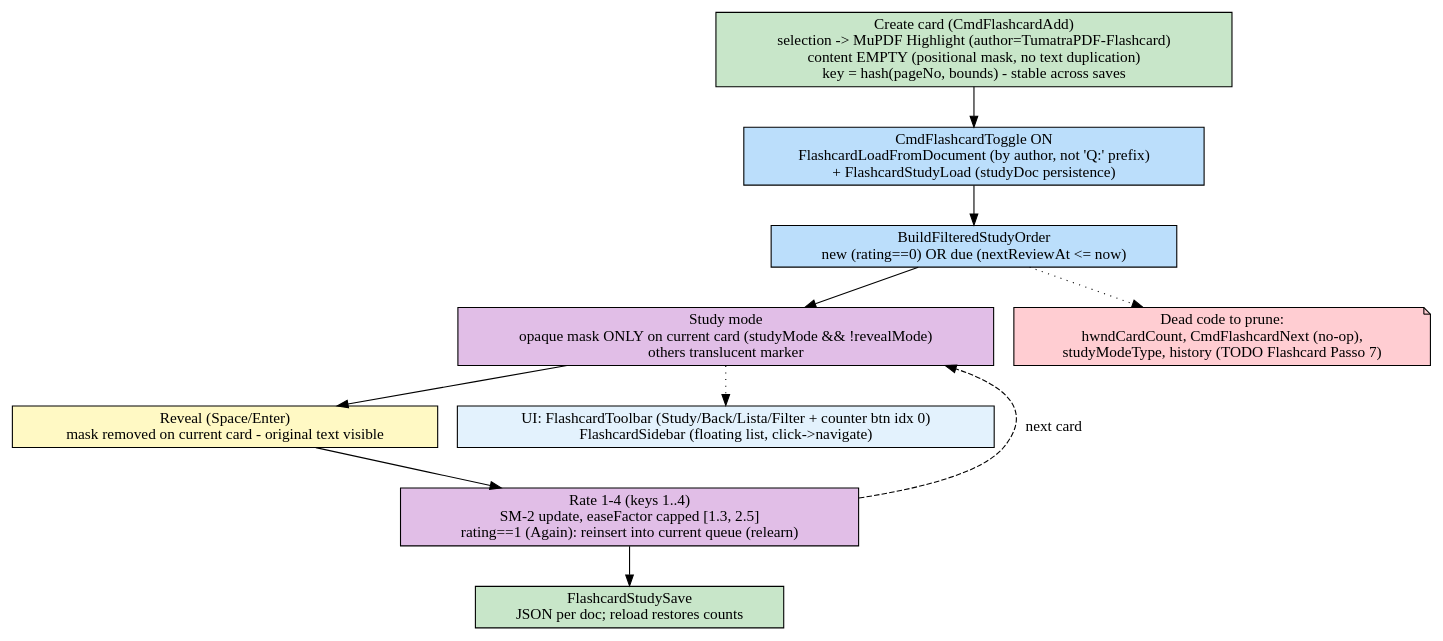
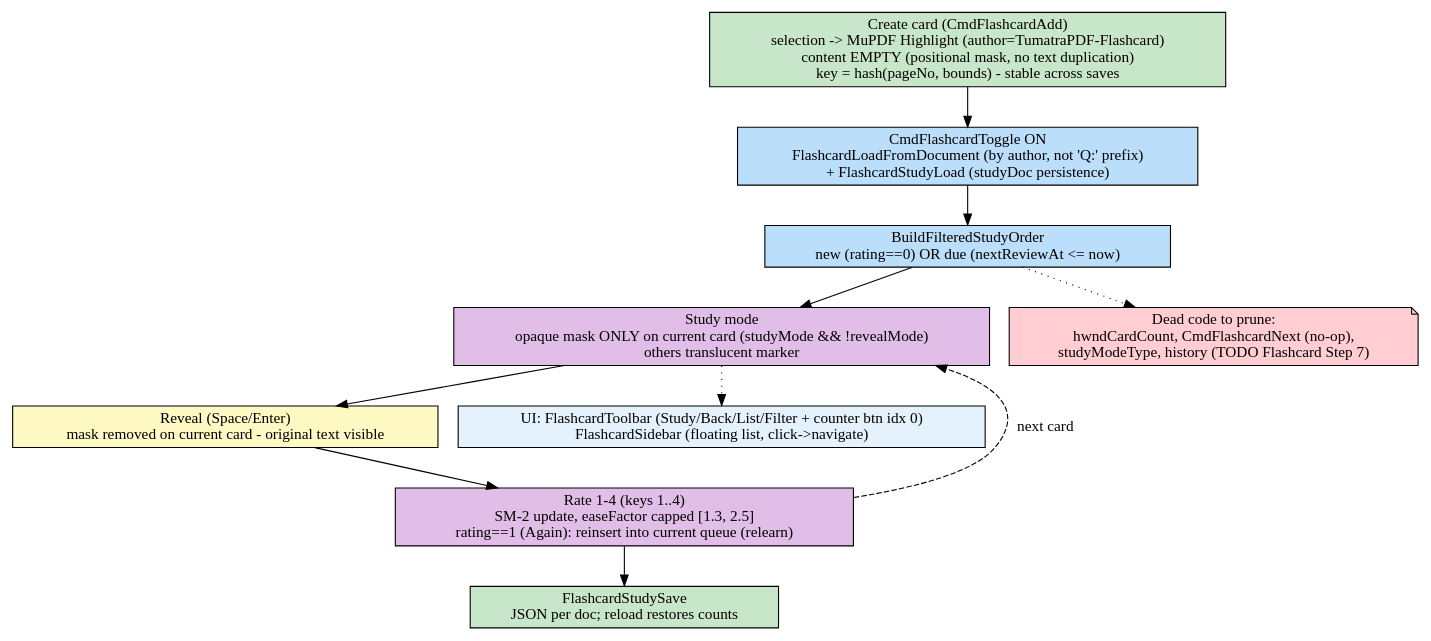
The diagram in FLOW/flashcard.dot (FelipeTesta/TumatraPDF), drawn with Graphviz before and after one commit. The commit also changed 22 other files, not shown here.

```diff
--- a/FLOW/flashcard.dot
+++ b/FLOW/flashcard.dot
@@ -1,21 +1,21 @@
 digraph Flashcard {
     rankdir=TB;
     node [shape=box, style=rounded];
 
     create [label="Create card (CmdFlashcardAdd)\nselection -> MuPDF Highlight (author=TumatraPDF-Flashcard)\ncontent EMPTY (positional mask, no text duplication)\nkey = hash(pageNo, bounds) - stable across saves", fillcolor="#c8e6c9", style=filled];
     load [label="CmdFlashcardToggle ON\nFlashcardLoadFromDocument (by author, not 'Q:' prefix)\n+ FlashcardStudyLoad (studyDoc persistence)", fillcolor="#bbdefb", style=filled];
     filter [label="BuildFilteredStudyOrder\nnew (rating==0) OR due (nextReviewAt <= now)", fillcolor="#bbdefb", style=filled];
     study [label="Study mode\nopaque mask ONLY on current card (studyMode && !revealMode)\nothers translucent marker", fillcolor="#e1bee7", style=filled];
     reveal [label="Reveal (Space/Enter)\nmask removed on current card - original text visible", fillcolor="#fff9c4", style=filled];
     rate [label="Rate 1-4 (keys 1..4)\nSM-2 update, easeFactor capped [1.3, 2.5]\nrating==1 (Again): reinsert into current queue (relearn)", fillcolor="#e1bee7", style=filled];
     persist [label="FlashcardStudySave\nJSON per doc; reload restores counts", fillcolor="#c8e6c9", style=filled];
 
     create -> load -> filter -> study -> reveal -> rate -> persist;
     rate -> study [style=dashed, label="next card"];
 
-    dead [label="Dead code to prune:\nhwndCardCount, CmdFlashcardNext (no-op),\nstudyModeType, history (TODO Flashcard Passo 7)", shape=note, fillcolor="#ffcdd2", style=filled];
+    dead [label="Dead code to prune:\nhwndCardCount, CmdFlashcardNext (no-op),\nstudyModeType, history (TODO Flashcard Step 7)", shape=note, fillcolor="#ffcdd2", style=filled];
     filter -> dead [style=dotted];
 
-    ui [label="UI: FlashcardToolbar (Study/Back/Lista/Filter + counter btn idx 0)\nFlashcardSidebar (floating list, click->navigate)", shape=box, fillcolor="#e3f2fd", style=filled];
+    ui [label="UI: FlashcardToolbar (Study/Back/List/Filter + counter btn idx 0)\nFlashcardSidebar (floating list, click->navigate)", shape=box, fillcolor="#e3f2fd", style=filled];
     study -> ui [style=dotted];
 }
```
